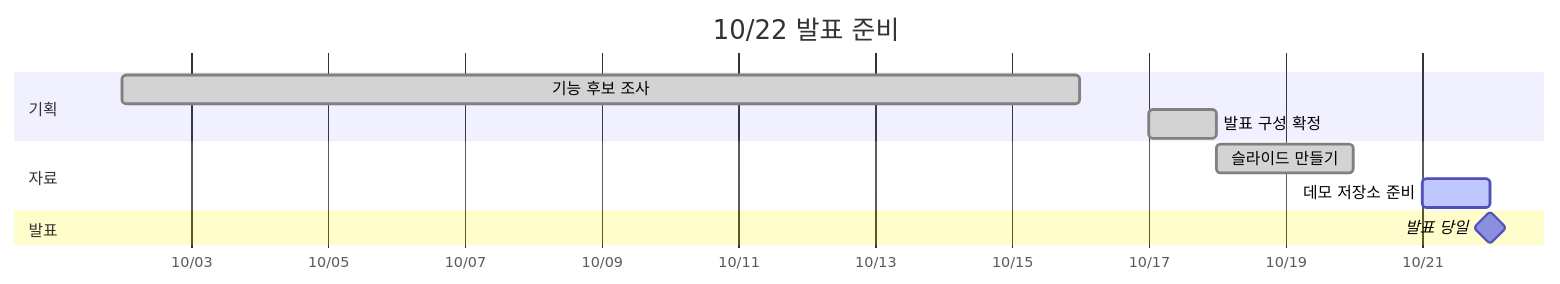
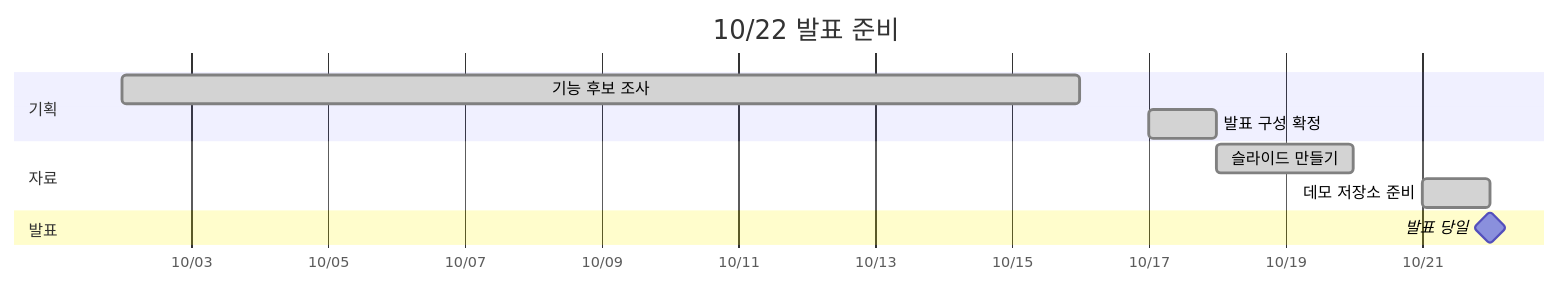
One commit to iamjinseok/20261022-commitco changed the fourth of 4 diagrams in diagram.md. Above: the diagram before and after it, drawn with Mermaid. The commit also changed 1 other file, not shown here.

Commit message:
진행 상황 갱신
README 체크리스트와 간트 차트의 데모 저장소 준비 항목을 완료로 변경

````diff
--- a/diagram.md
+++ b/diagram.md
@@ -40,17 +40,17 @@
 ```mermaid
 gantt
     title 10/22 발표 준비
     dateFormat YYYY-MM-DD
     axisFormat %m/%d
 
     section 기획
     기능 후보 조사      :done, a1, 2026-10-02, 2026-10-16
     발표 구성 확정      :done, a2, 2026-10-17, 1d
 
     section 자료
     슬라이드 만들기     :done, a3, 2026-10-18, 2d
-    데모 저장소 준비    :active, a4, 2026-10-21, 1d
+    데모 저장소 준비    :done, a4, 2026-10-21, 1d
 
     section 발표
     발표 당일           :milestone, m1, 2026-10-22, 0d
 ```
````
